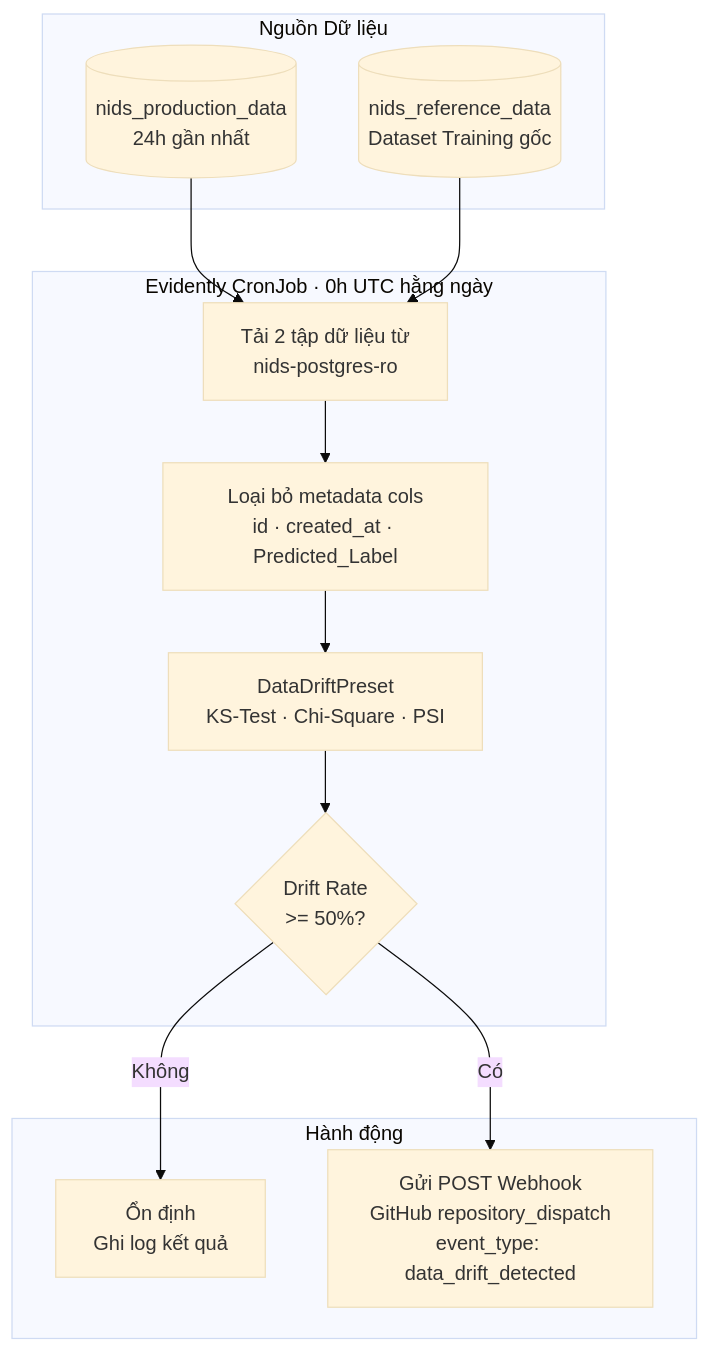
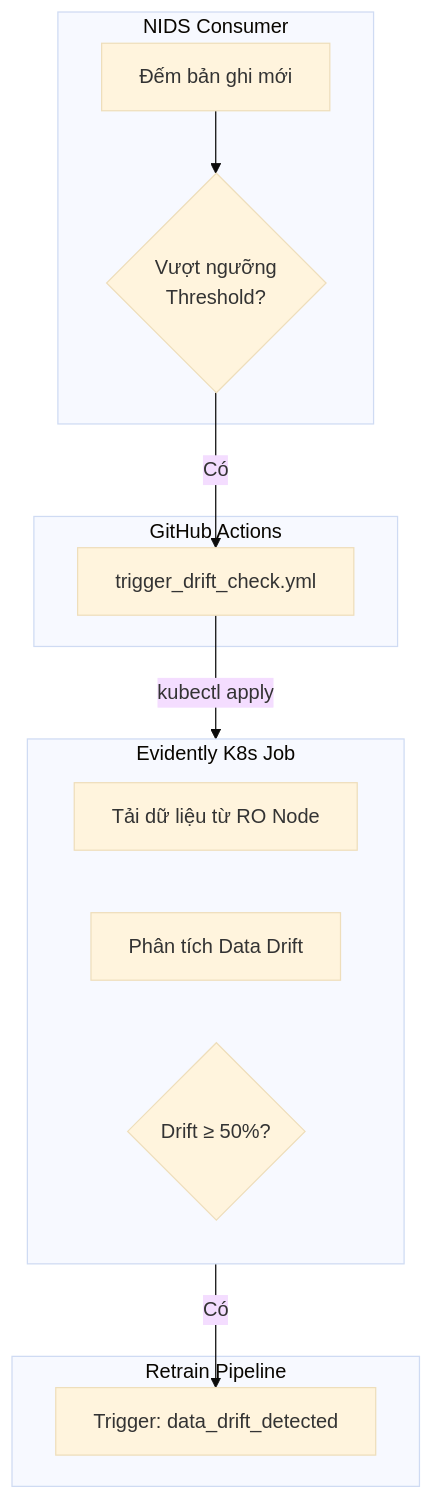
The fourth of 7 diagrams in ARCHITECTURE.md (Viet-Hoang-2005/AdaptML), drawn with Mermaid (base theme) before and after one commit. The commit also changed other lines of this file and 3 other files, not shown here.

Commit message:
docs: Update documents  for the system Architecture.

````diff
--- a/ARCHITECTURE.md
+++ b/ARCHITECTURE.md
@@ -133,25 +142,25 @@
 ```mermaid
 flowchart TB
-    subgraph SOURCES["Nguồn Dữ liệu"]
-        PROD_DB[("nids_production_data<br/>24h gần nhất")]
-        REF_DB[("nids_reference_data<br/>Dataset Training gốc")]
+    subgraph CONSUMER["NIDS Consumer"]
+        COUNT[Đếm bản ghi mới]
+        THREC{"Vượt ngưỡng<br/>Threshold?"}
     end
 
-    subgraph EVIDENTLY["Evidently CronJob · 0h UTC hằng ngày"]
-        LOAD[Tải 2 tập dữ liệu từ<br/>nids-postgres-ro]
-        PREPROCESS[Loại bỏ metadata cols<br/>id · created_at · Predicted_Label]
-        REPORT["DataDriftPreset<br/>KS-Test · Chi-Square · PSI"]
-        DECISION{"Drift Rate<br/>>= 50%?"}
+    subgraph GH_ACTION["GitHub Actions"]
+        WF[trigger_drift_check.yml]
     end
 
-    subgraph ACTION["Hành động"]
-        STABLE["Ổn định<br/>Ghi log kết quả"]
-        WEBHOOK["Gửi POST Webhook<br/>GitHub repository_dispatch<br/>event_type: data_drift_detected"]
+    subgraph EVIDENTLY["Evidently K8s Job"]
+        LOAD[Tải dữ liệu từ RO Node]
+        REPORT[Phân tích Data Drift]
+        DECISION{"Drift ≥ 50%?"}
     end
 
-    PROD_DB --> LOAD
-    REF_DB --> LOAD
-    LOAD --> PREPROCESS --> REPORT --> DECISION
-    DECISION -->|Không| STABLE
-    DECISION -->|Có| WEBHOOK
+    subgraph RETRAIN["Retrain Pipeline"]
+        WEBHOOK["Trigger: data_drift_detected"]
+    end
+
+    COUNT --> THREC -->|Có| WF
+    WF -->|kubectl apply| EVIDENTLY
+    EVIDENTLY -->|Có| WEBHOOK
 ```
````
